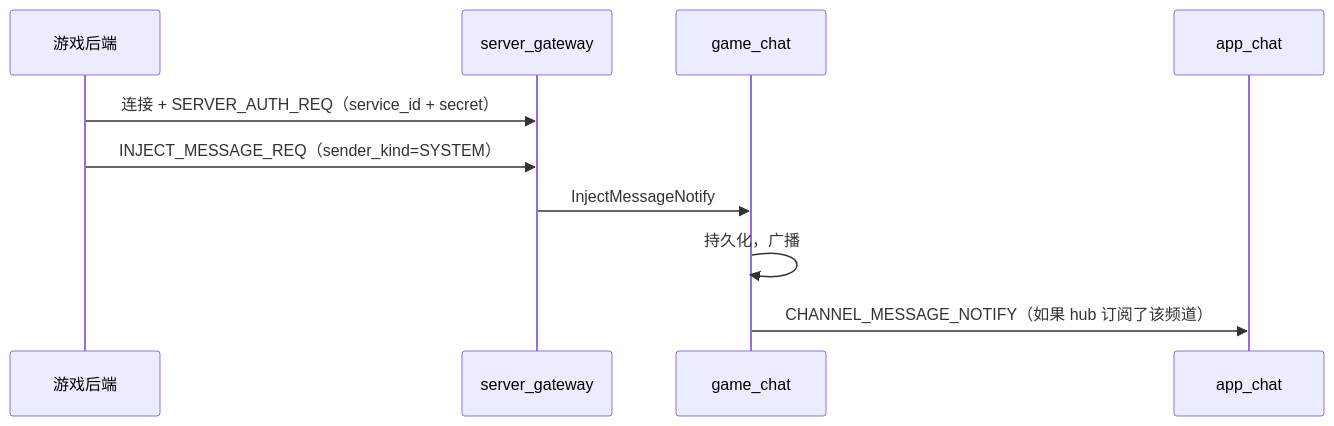
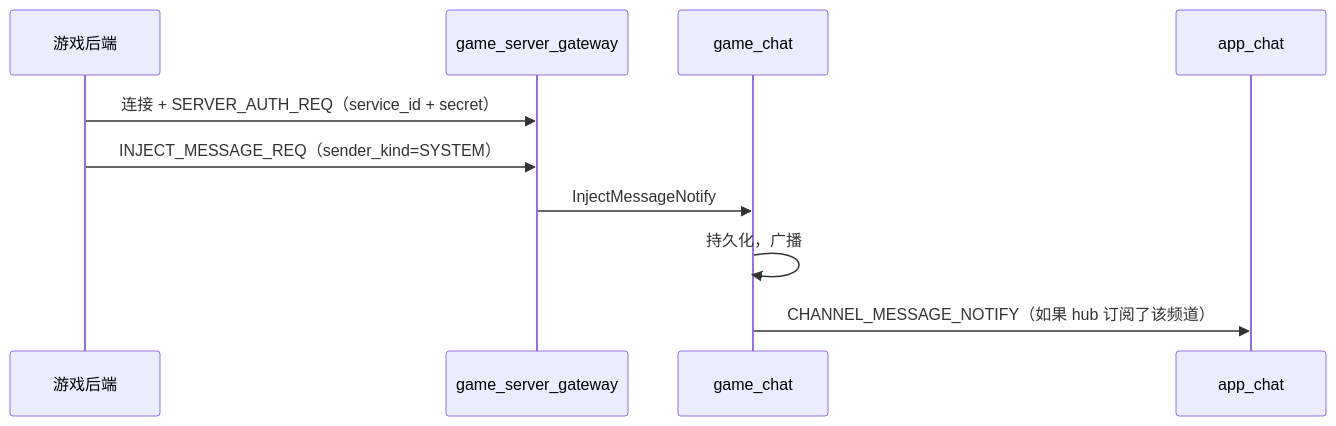
The fifth of 5 diagrams in docs/architecture.md (cuihairu/chirp), drawn with Mermaid before and after one commit. The commit also changed other lines of this file and 3 other files, not shown here.

````diff
--- a/docs/architecture.md
+++ b/docs/architecture.md
@@ -217,13 +217,13 @@
 ```mermaid
 sequenceDiagram
     participant GB as 游戏后端
-    participant SG as server_gateway
+    participant SG as game_server_gateway
     participant GC as game_chat
     participant AC as app_chat
 
     GB->>SG: 连接 + SERVER_AUTH_REQ（service_id + secret）
     GB->>SG: INJECT_MESSAGE_REQ（sender_kind=SYSTEM）
     SG->>GC: InjectMessageNotify
     GC->>GC: 持久化，广播
     GC->>AC: CHANNEL_MESSAGE_NOTIFY（如果 hub 订阅了该频道）
 ```
````
